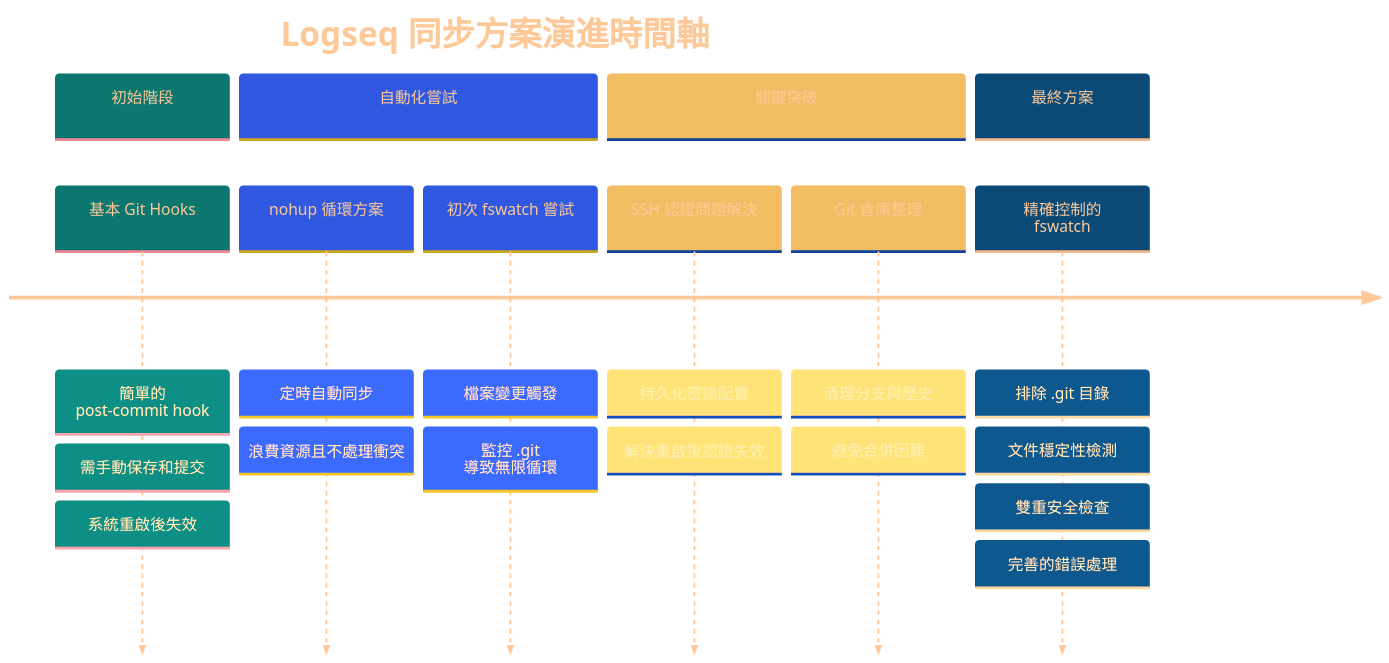
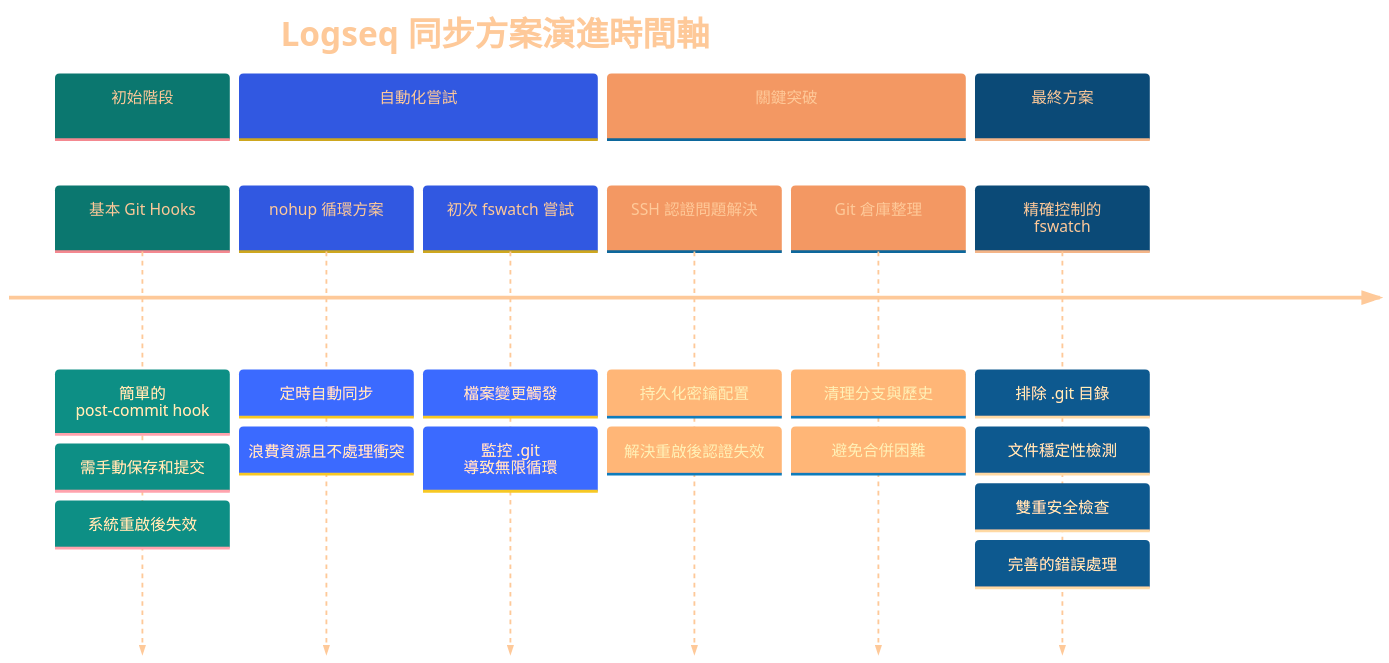
Before and after one commit to GengGeng026/Sync-Logseq: the first of 2 diagrams in Logseq同步方案演進記錄.md, drawn with Mermaid.

Commit message:
Auto-sync: Wed Mar 26 10:12:28 +08 2025

````diff
--- a/Logseq同步方案演進記錄.md
+++ b/Logseq同步方案演進記錄.md
@@ -24,38 +24,38 @@
 ```mermaid
 %%{init: {
   'theme': 'base', 
   'themeVariables': {
     'primaryTextColor': '#FEC999',
     'primaryColor': '#19E9D9',
     'secondaryColor': '#A0B2F1',
-    'tertiaryColor': '#FCEFD9',
+    'tertiaryColor': '#FCE6D9',
     'primaryBorderColor': '#A9D9D9',
     'background': 'transparent',
     'clusterBkg': 'transparent',
     'fontFamily': 'default',
     'fontSize': '17px',
     'fontWeight': 'normal'
   }
 }}%%
 timeline
     title Logseq 同步方案演進時間軸
     section 初始階段
         基本 Git Hooks : 簡單的 post-commit hook
         : 需手動保存和提交
         : 系統重啟後失效
     section 自動化嘗試
         nohup 循環方案 : 定時自動同步
         : 浪費資源且不處理衝突
         初次 fswatch 嘗試 : 檔案變更觸發
         : 監控 .git 導致無限循環
     section 關鍵突破
         SSH 認證問題解決 : 持久化密鑰配置
         : 解決重啟後認證失效
         Git 倉庫整理 : 清理分支與歷史
         : 避免合併困難
     section 最終方案
         精確控制的 fswatch : 排除 .git 目錄
         : 文件穩定性檢測
         : 雙重安全檢查
         : 完善的錯誤處理
 ```
````
